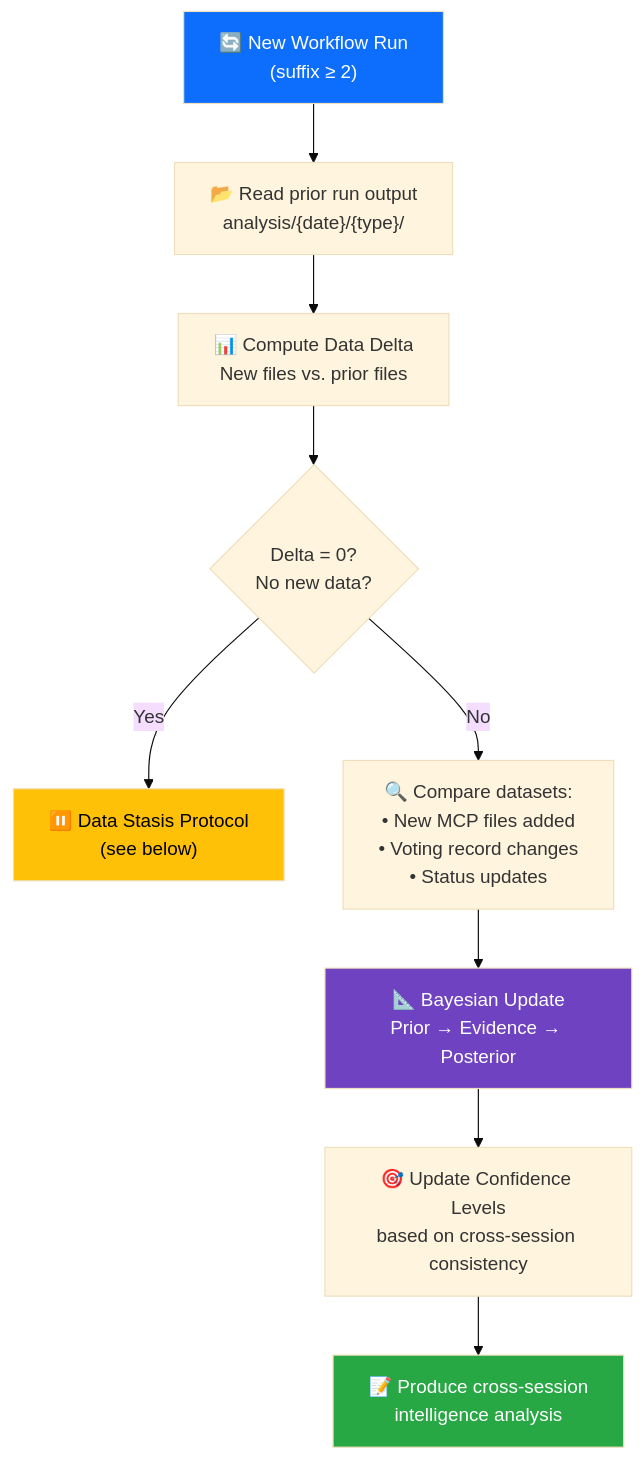
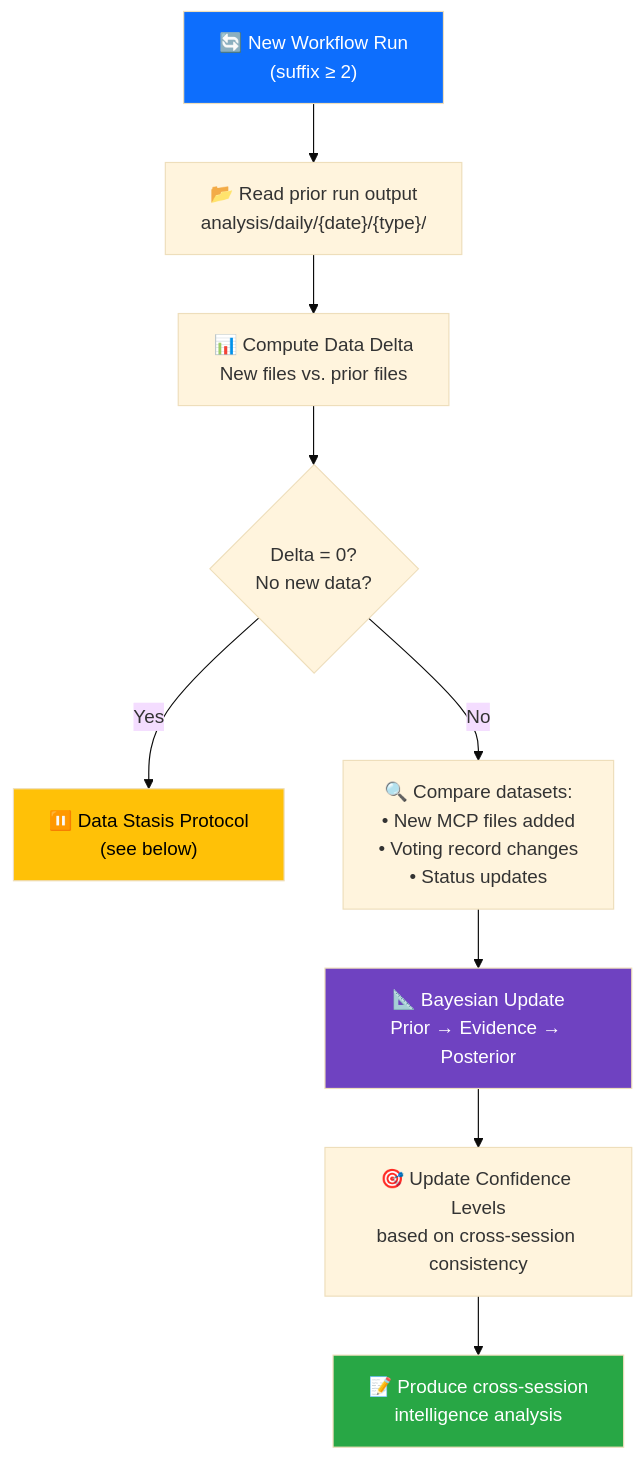
One commit to Hack23/euparliamentmonitor changed the fourth of 4 diagrams in analysis/methodologies/ai-driven-analysis-guide.md. Above: the diagram before and after it, drawn with Mermaid (base theme). The commit also changed other lines of this file and 1894 other files, not shown here.

First line of the commit message:
Move analysis output from analysis/{DATE} to analysis/daily/{DATE}

````diff
--- a/analysis/methodologies/ai-driven-analysis-guide.md
+++ b/analysis/methodologies/ai-driven-analysis-guide.md
@@ -845,16 +845,16 @@
 ```mermaid
 flowchart TD
-    START["🔄 New Workflow Run<br/>(suffix ≥ 2)"] --> READ["📂 Read prior run output<br/>analysis/{date}/{type}/"]
+    START["🔄 New Workflow Run<br/>(suffix ≥ 2)"] --> READ["📂 Read prior run output<br/>analysis/daily/{date}/{type}/"]
     READ --> DELTA["📊 Compute Data Delta<br/>New files vs. prior files"]
     DELTA --> ZERO{Delta = 0?<br/>No new data?}
     ZERO -->|Yes| STASIS["⏸️ Data Stasis Protocol<br/>(see below)"]
     ZERO -->|No| COMPARE["🔍 Compare datasets:<br/>• New MCP files added<br/>• Voting record changes<br/>• Status updates"]
     COMPARE --> BAYES["📐 Bayesian Update<br/>Prior → Evidence → Posterior"]
     BAYES --> CONF["🎯 Update Confidence Levels<br/>based on cross-session consistency"]
     CONF --> OUTPUT["📝 Produce cross-session<br/>intelligence analysis"]
 
     style START fill:#0d6efd,color:#fff
     style STASIS fill:#ffc107,color:#000
     style BAYES fill:#6f42c1,color:#fff
     style OUTPUT fill:#28a745,color:#fff
 ```
````
